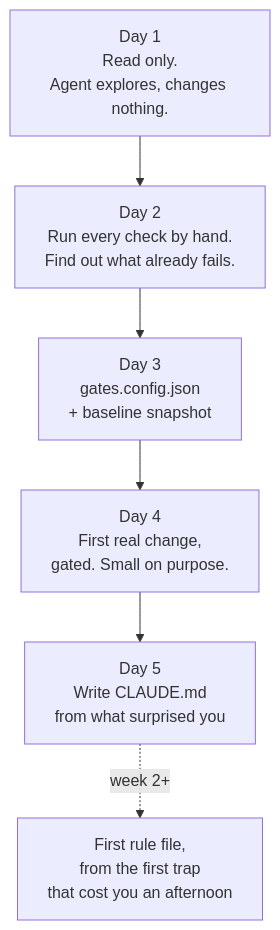
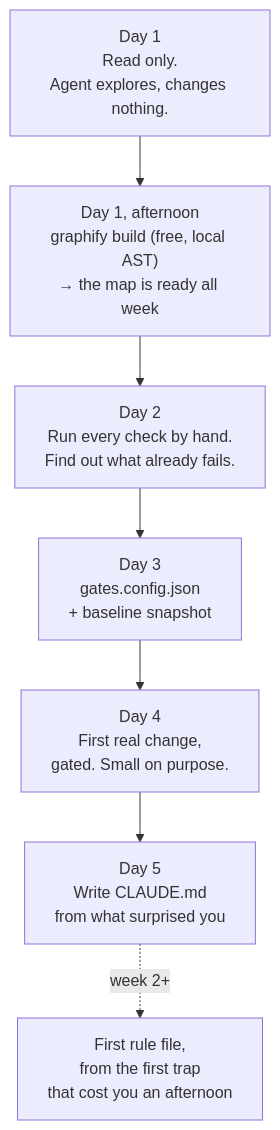
One commit to ridwanspace/pagar changed the diagram in workflows/05-joining-a-repo.md. Above: the diagram before and after it, drawn with Mermaid. The commit also changed other lines of this file and 9 other files, not shown here.

First line of the commit message:
docs(workflows): weave loop engineering and graphify into the scenarios

````diff
--- a/workflows/05-joining-a-repo.md
+++ b/workflows/05-joining-a-repo.md
@@ -14,8 +14,9 @@
 ```mermaid
 flowchart TB
-    D1["Day 1<br/>Read only.<br/>Agent explores, changes nothing."] --> D2["Day 2<br/>Run every check by hand.<br/>Find out what already fails."]
+    D1["Day 1<br/>Read only.<br/>Agent explores, changes nothing."] --> D1B["Day 1, afternoon<br/>graphify build (free, local AST)<br/>→ the map is ready all week"]
+    D1B --> D2["Day 2<br/>Run every check by hand.<br/>Find out what already fails."]
     D2 --> D3["Day 3<br/>gates.config.json<br/>+ baseline snapshot"]
     D3 --> D4["Day 4<br/>First real change,<br/>gated. Small on purpose."]
     D4 --> D5["Day 5<br/>Write CLAUDE.md<br/>from what surprised you"]
     D5 -.->|"week 2+"| R["First rule file,<br/>from the first trap<br/>that cost you an afternoon"]
 ```
````
